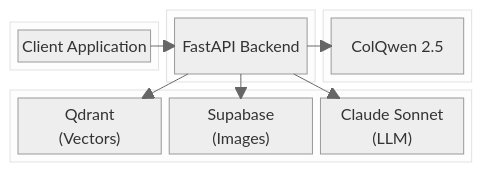
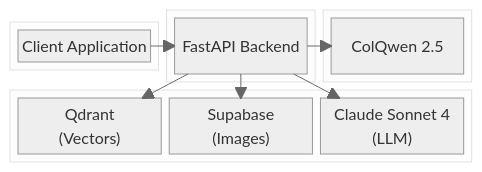
Before and after one commit to akosgintl/colpali-rag-app: the diagram in docs/README.md, drawn with Mermaid (neutral theme). The commit also changed other lines of this file and 42 other files, not shown here.

````diff
--- a/docs/README.md
+++ b/docs/README.md
@@ -32,28 +32,28 @@
 ```mermaid
 block-beta
     columns 3
 
     block:frontend:1
         A["Client Application"]
     end
 
     block:api:1
         B["FastAPI Backend"]
     end
 
     block:ml:1
         C["ColQwen 2.5"]
     end
 
     block:storage:3
         D["Qdrant\n(Vectors)"]
         E["Supabase\n(Images)"]
-        F["Claude Sonnet\n(LLM)"]
+        F["Claude Sonnet 4\n(LLM)"]
     end
 
     A --> B
     B --> C
     B --> D
     B --> E
     B --> F
 ```
````
